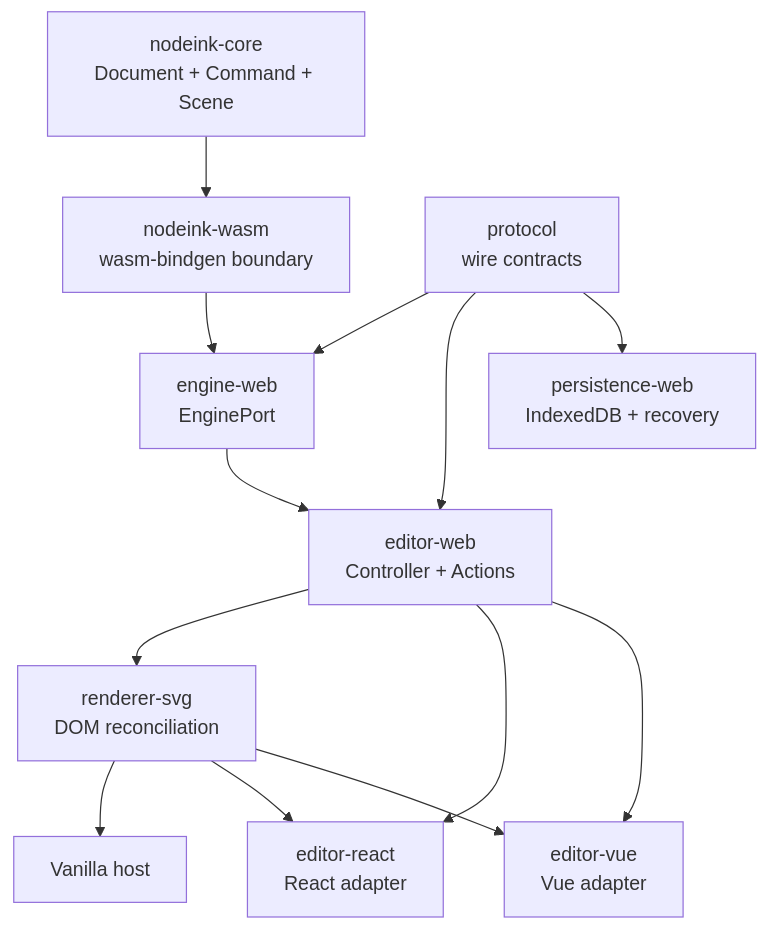
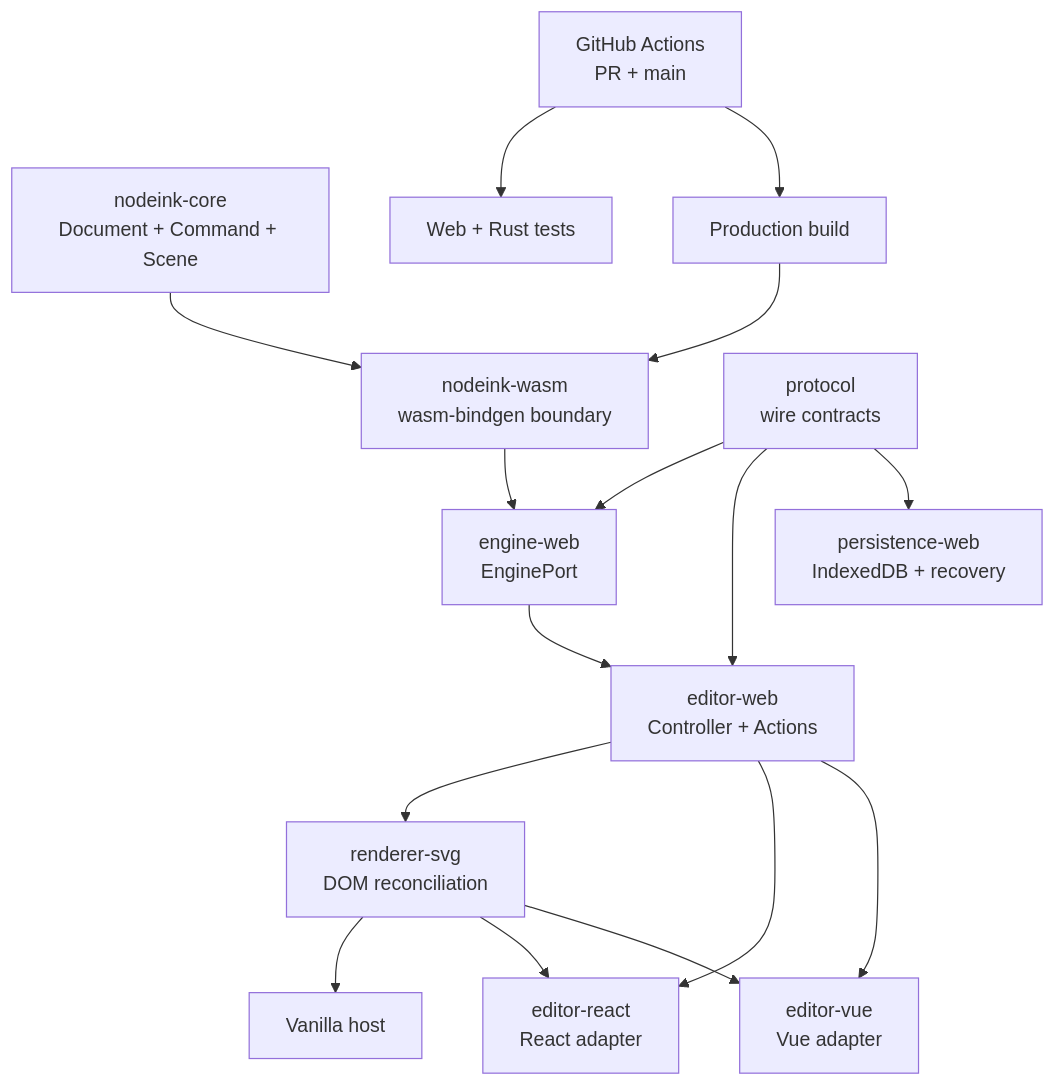
The diagram in docs/project-structure.md (deweyou/node-ink), drawn with Mermaid before and after one commit. The commit also changed other lines of this file and 3 other files, not shown here.

Commit message:
ci: run tests and production build

````diff
--- a/docs/project-structure.md
+++ b/docs/project-structure.md
@@ -3,15 +3,18 @@
 ```mermaid
 flowchart TD
     Core["nodeink-core\nDocument + Command + Scene"] --> Wasm["nodeink-wasm\nwasm-bindgen boundary"]
     Wasm --> Engine["engine-web\nEnginePort"]
     Protocol["protocol\nwire contracts"] --> Engine
     Protocol --> Controller["editor-web\nController + Actions"]
     Engine --> Controller
     Controller --> Renderer["renderer-svg\nDOM reconciliation"]
     Protocol --> Persistence["persistence-web\nIndexedDB + recovery"]
     Controller --> React["editor-react\nReact adapter"]
     Controller --> Vue["editor-vue\nVue adapter"]
     Renderer --> Vanilla["Vanilla host"]
     Renderer --> React
     Renderer --> Vue
+    CI["GitHub Actions\nPR + main"] --> Tests["Web + Rust tests"]
+    CI --> Build["Production build"]
+    Build --> Wasm
 ```
````
